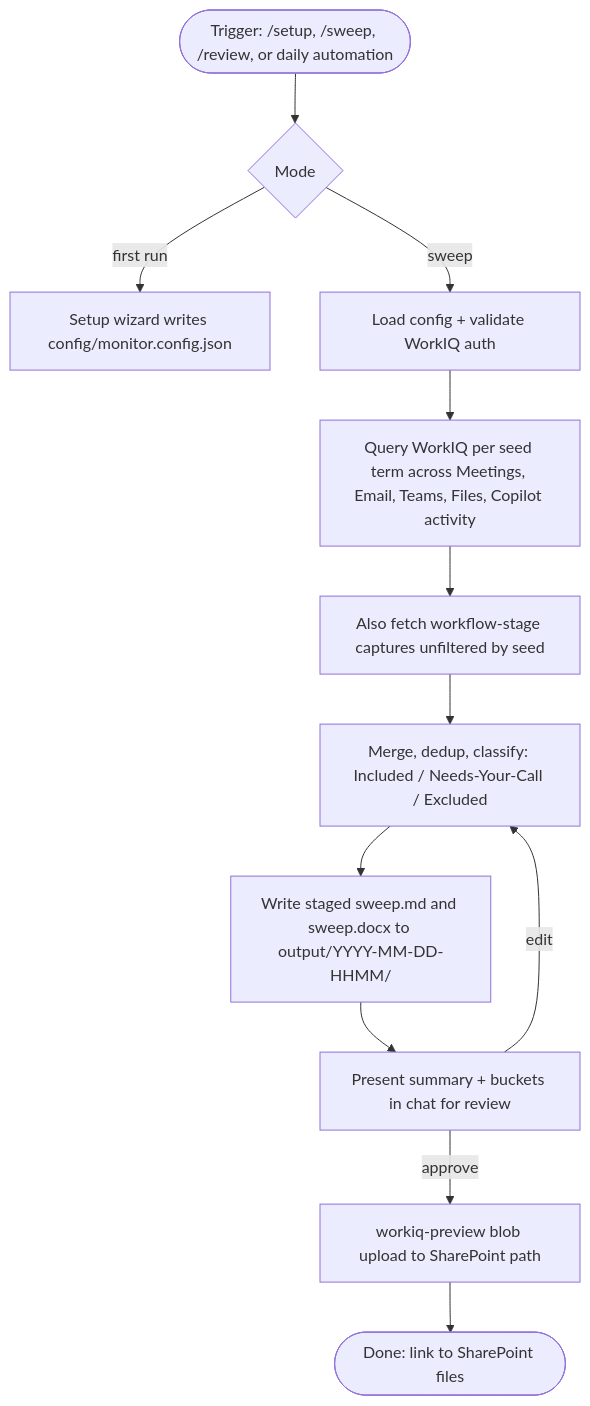
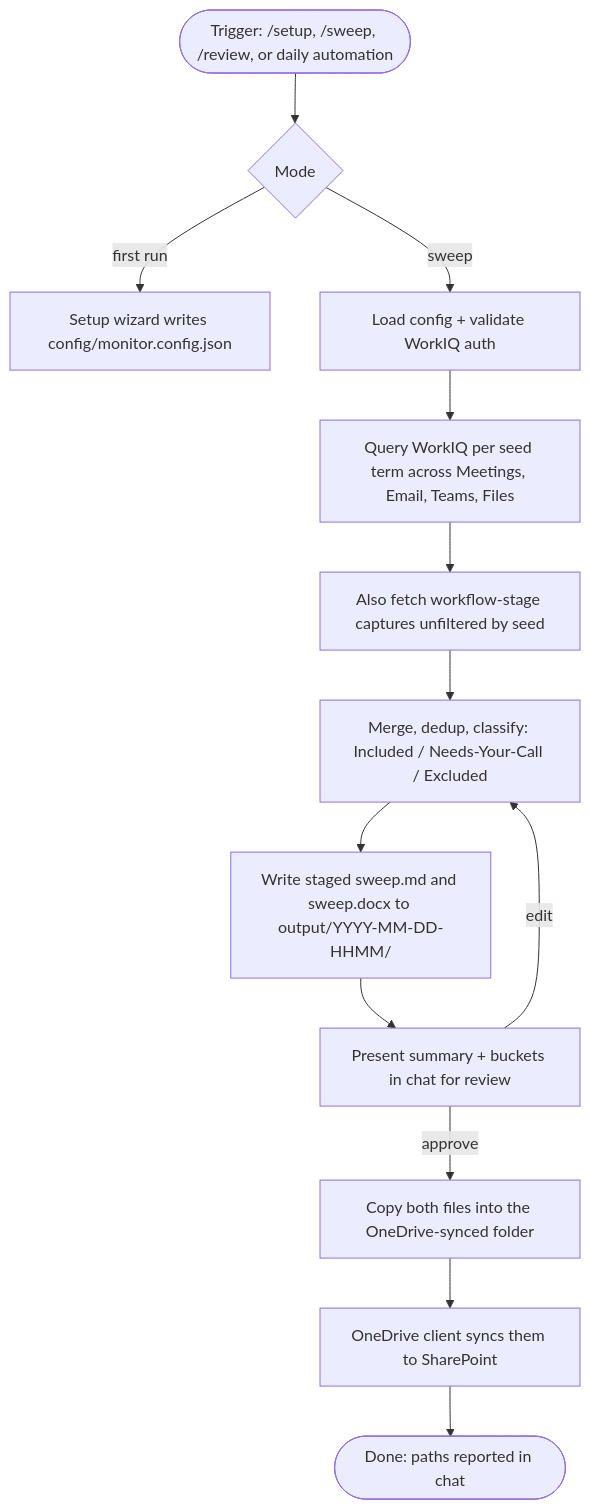
The diagram in README.md (jimmymannreply/Lobotomy), drawn with Mermaid before and after one commit. The commit also changed other lines of this file and 11 other files, not shown here.

````diff
--- a/README.md
+++ b/README.md
@@ -19,14 +19,15 @@
 ```mermaid
 flowchart TD
   Trigger([Trigger: /setup, /sweep, /review, or daily automation]) --> Mode{Mode}
   Mode -->|first run| Setup[Setup wizard writes config/monitor.config.json]
   Mode -->|sweep| Load[Load config + validate WorkIQ auth]
-  Load --> Query["Query WorkIQ per seed term across Meetings, Email, Teams, Files, Copilot activity"]
+  Load --> Query["Query WorkIQ per seed term across Meetings, Email, Teams, Files"]
   Query --> Workflow[Also fetch workflow-stage captures unfiltered by seed]
   Workflow --> Merge["Merge, dedup, classify: Included / Needs-Your-Call / Excluded"]
   Merge --> Stage["Write staged sweep.md and sweep.docx to output/YYYY-MM-DD-HHMM/"]
   Stage --> Review[Present summary + buckets in chat for review]
-  Review -->|approve| Upload[workiq-preview blob upload to SharePoint path]
+  Review -->|approve| Copy[Copy both files into the OneDrive-synced folder]
   Review -->|edit| Merge
-  Upload --> Done([Done: link to SharePoint files])
+  Copy --> Sync[OneDrive client syncs them to SharePoint]
+  Sync --> Done([Done: paths reported in chat])
 ```
````
